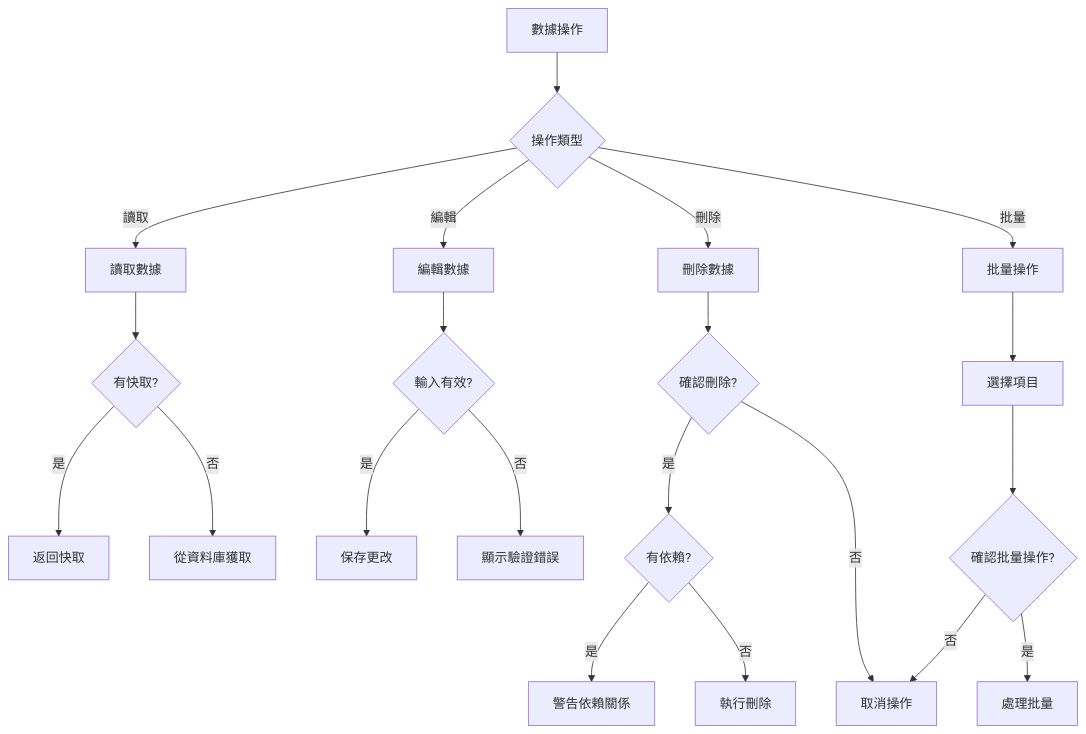
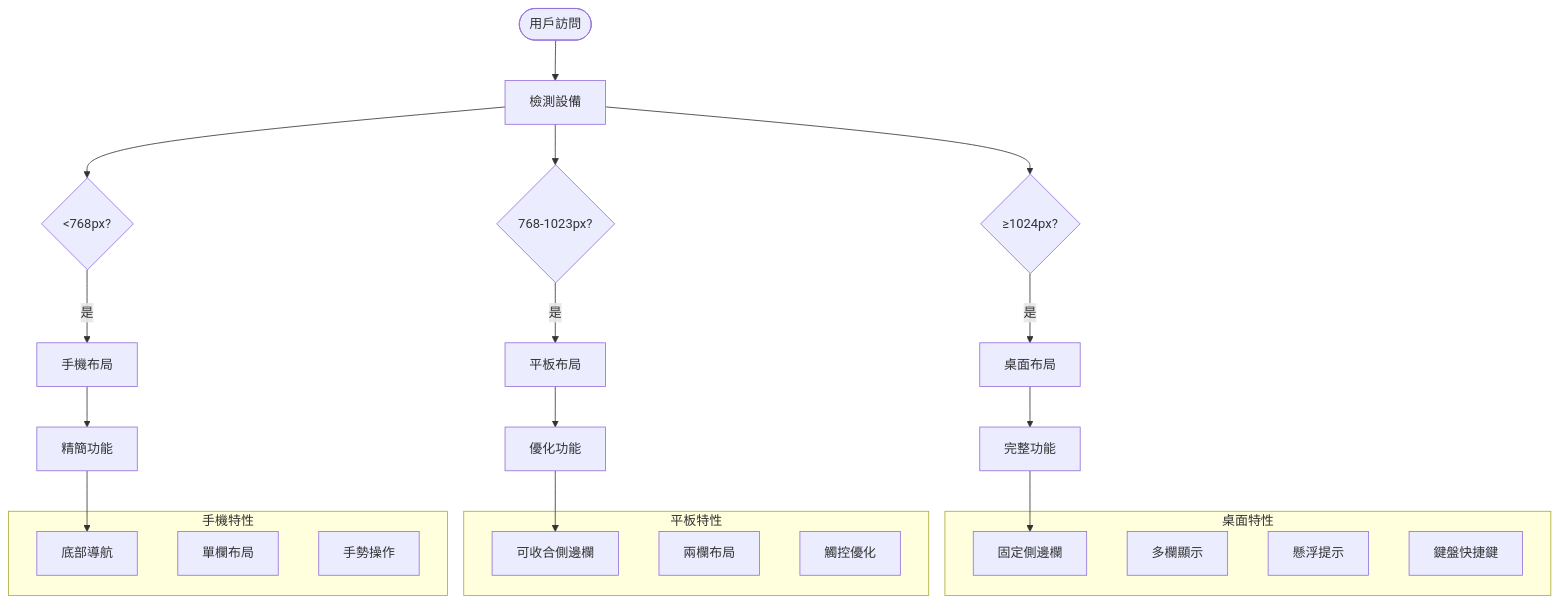
Before and after one commit to SkylerChenTaiwan/DonnaAI-1.0: the fifth of 6 diagrams in docs/ux/web-platform-foundation-user-flow.md, drawn with Mermaid. The commit also changed other lines of this file and 32 other files, not shown here.

````diff
--- a/docs/ux/web-platform-foundation-user-flow.md
+++ b/docs/ux/web-platform-foundation-user-flow.md
@@ -238,29 +205,39 @@
 ```mermaid
-graph TD
-    DataOp[數據操作]
+graph TB
+    Start([用戶訪問]) --> Detect[檢測設備]
     
-    DataOp --> OpType{操作類型}
-    OpType -->|讀取| ReadData[讀取數據]
-    OpType -->|編輯| EditData[編輯數據]
-    OpType -->|刪除| DeleteData[刪除數據]
-    OpType -->|批量| BatchOp[批量操作]
+    Detect --> Desktop{≥1024px?}
+    Detect --> Tablet{768-1023px?}
+    Detect --> Mobile{<768px?}
     
-    ReadData --> CheckCache{有快取?}
-    CheckCache -->|是| ReturnCache[返回快取]
-    CheckCache -->|否| FetchDB[從資料庫獲取]
+    Desktop -->|是| DLayout[桌面布局]
+    Tablet -->|是| TLayout[平板布局]
+    Mobile -->|是| MLayout[手機布局]
     
-    EditData --> ValidateInput{輸入有效?}
-    ValidateInput -->|是| SaveChanges[保存更改]
-    ValidateInput -->|否| ShowValidError[顯示驗證錯誤]
+    DLayout --> DFeatures[完整功能]
+    TLayout --> TFeatures[優化功能]
+    MLayout --> MFeatures[精簡功能]
     
-    DeleteData --> ConfirmDel{確認刪除?}
-    ConfirmDel -->|是| CheckDepend{有依賴?}
-    ConfirmDel -->|否| CancelOp[取消操作]
-    CheckDepend -->|是| WarnDepend[警告依賴關係]
-    CheckDepend -->|否| ExecuteDel[執行刪除]
+    subgraph DesktopFeatures["桌面特性"]
+        D1[固定側邊欄]
+        D2[多欄顯示]
+        D3[懸浮提示]
+        D4[鍵盤快捷鍵]
+    end
     
-    BatchOp --> SelectItems[選擇項目]
-    SelectItems --> ConfirmBatch{確認批量操作?}
-    ConfirmBatch -->|是| ProcessBatch[處理批量]
-    ConfirmBatch -->|否| CancelOp
+    subgraph TabletFeatures["平板特性"]
+        T1[可收合側邊欄]
+        T2[兩欄布局]
+        T3[觸控優化]
+    end
+    
+    subgraph MobileFeatures["手機特性"]
+        M1[底部導航]
+        M2[單欄布局]
+        M3[手勢操作]
+    end
+    
+    DFeatures --> D1
+    TFeatures --> T1
+    MFeatures --> M1
 ```
````
